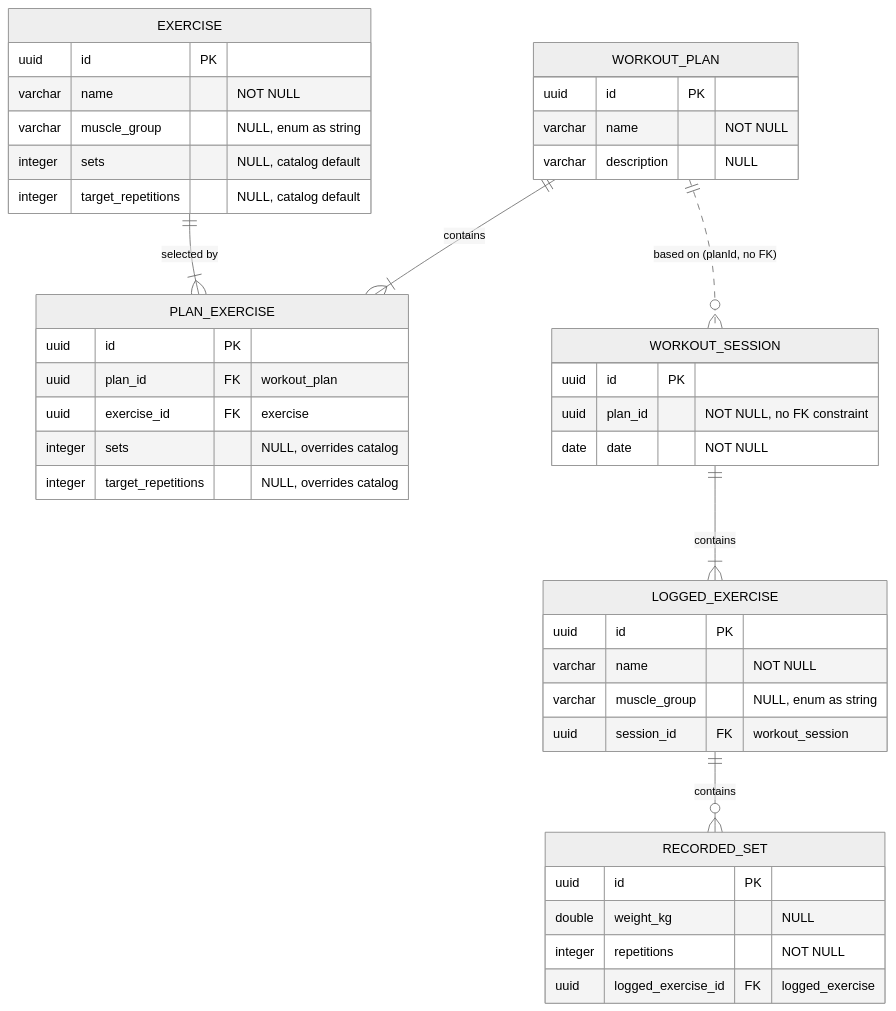
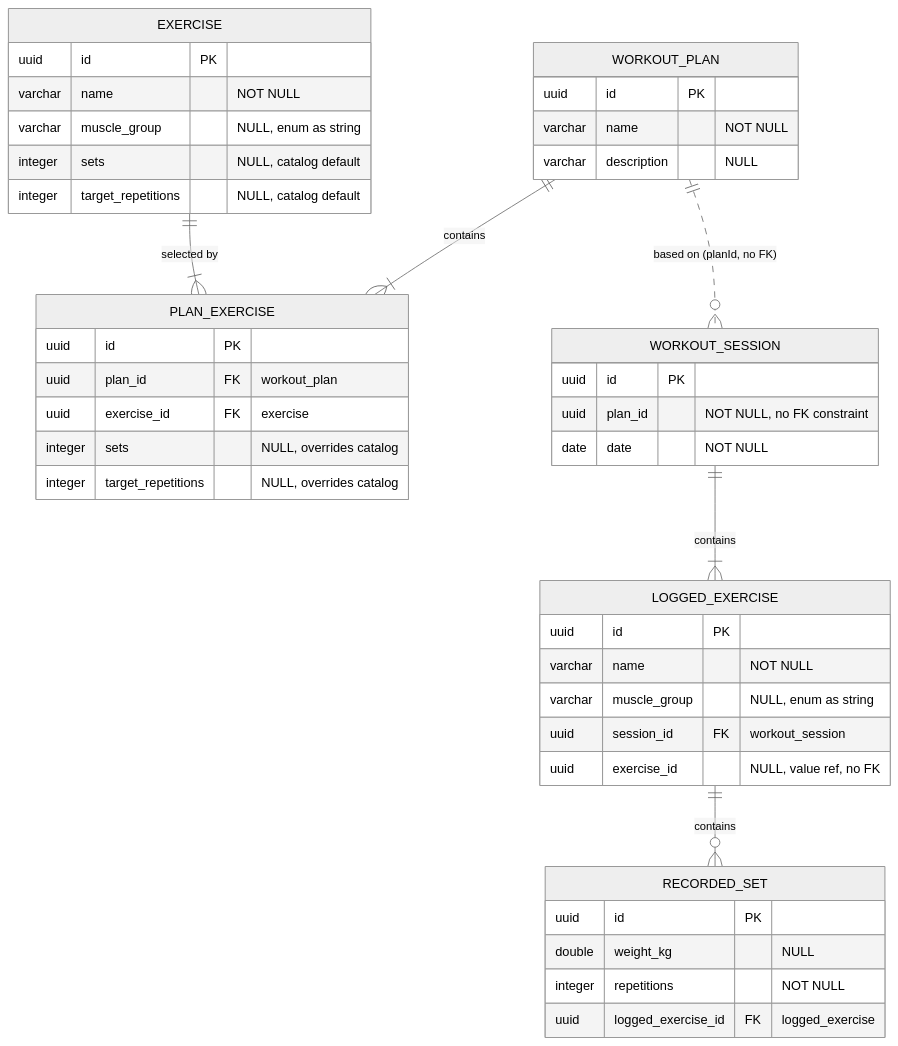
One commit to lindeff/fitness-planer changed the diagram in docs/database.md. Above: the diagram before and after it, drawn with Mermaid (neutral theme). The commit also changed other lines of this file, not shown here.

Commit message:
update database documentation to include exercise_id as a nullable reference in the schema

````diff
--- a/docs/database.md
+++ b/docs/database.md
@@ -7,45 +7,46 @@
 ```mermaid
 erDiagram
     WORKOUT_PLAN ||--|{ PLAN_EXERCISE : contains
     EXERCISE ||--|{ PLAN_EXERCISE : "selected by"
     WORKOUT_SESSION ||--|{ LOGGED_EXERCISE : contains
     LOGGED_EXERCISE ||--o{ RECORDED_SET : contains
     WORKOUT_PLAN ||..o{ WORKOUT_SESSION : "based on (planId, no FK)"
 
     WORKOUT_PLAN {
         uuid id PK
         varchar name "NOT NULL"
         varchar description "NULL"
     }
     EXERCISE {
         uuid id PK
         varchar name "NOT NULL"
         varchar muscle_group "NULL, enum as string"
         integer sets "NULL, catalog default"
         integer target_repetitions "NULL, catalog default"
     }
     PLAN_EXERCISE {
         uuid id PK
         uuid plan_id FK "workout_plan"
         uuid exercise_id FK "exercise"
         integer sets "NULL, overrides catalog"
         integer target_repetitions "NULL, overrides catalog"
     }
     WORKOUT_SESSION {
         uuid id PK
         uuid plan_id "NOT NULL, no FK constraint"
         date date "NOT NULL"
     }
     LOGGED_EXERCISE {
         uuid id PK
         varchar name "NOT NULL"
         varchar muscle_group "NULL, enum as string"
         uuid session_id FK "workout_session"
+        uuid exercise_id "NULL, value ref, no FK"
     }
     RECORDED_SET {
         uuid id PK
         double weight_kg "NULL"
         integer repetitions "NOT NULL"
         uuid logged_exercise_id FK "logged_exercise"
     }
 ```
````
